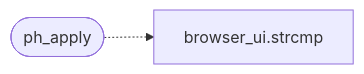
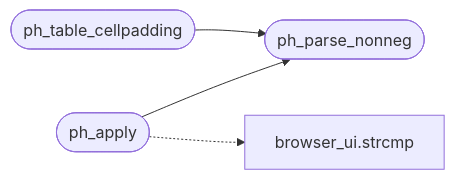
One commit to grisuno/FreeDom changed the diagram in readmenator-apidocs/modules/src.pres_hints.c.md. Above: the diagram before and after it, drawn with Mermaid. The commit also changed other lines of this file and 156 other files, not shown here.

````diff
--- a/readmenator-apidocs/modules/src.pres_hints.c.md
+++ b/readmenator-apidocs/modules/src.pres_hints.c.md
@@ -16,6 +16,10 @@
 ```mermaid
 flowchart LR
     n_src_pres_hints_c__ph_apply(["ph_apply"])
+    n_src_pres_hints_c__ph_parse_nonneg(["ph_parse_nonneg"])
+    n_src_pres_hints_c__ph_table_cellpadding(["ph_table_cellpadding"])
     n_gui_browser_ui_c__strcmp["browser_ui.strcmp"]
+    n_src_pres_hints_c__ph_apply --> n_src_pres_hints_c__ph_parse_nonneg
+    n_src_pres_hints_c__ph_table_cellpadding --> n_src_pres_hints_c__ph_parse_nonneg
     n_src_pres_hints_c__ph_apply -.-> n_gui_browser_ui_c__strcmp
 ```
````
